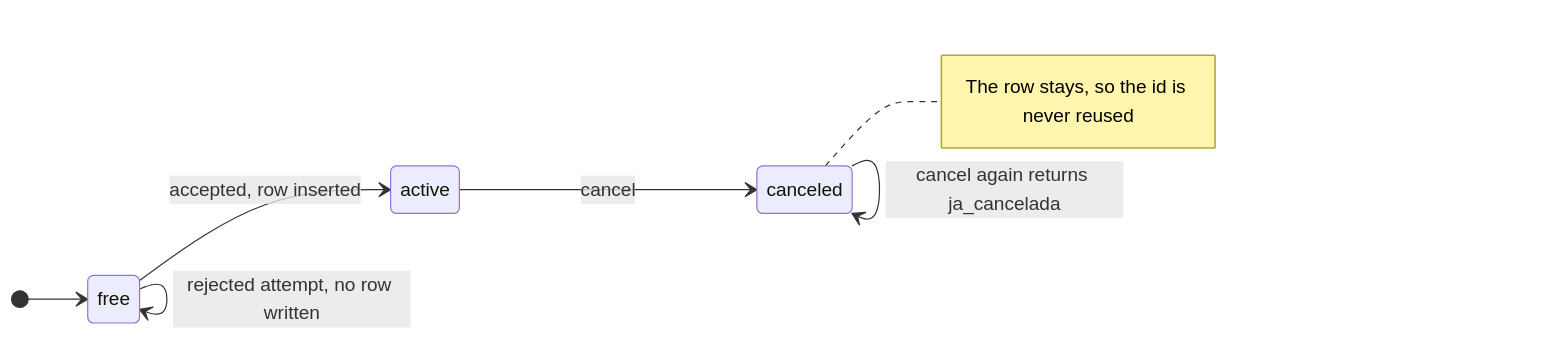
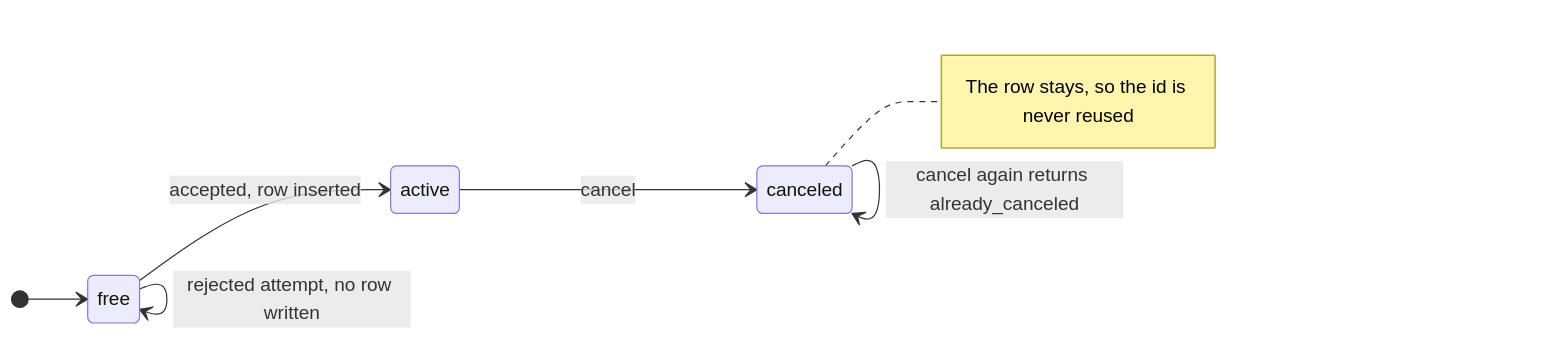
One commit to fredsvanelli/alvorada-test-02 changed the third of 7 diagrams in docs/diagrams/architecture.md. Above: the diagram before and after it, drawn with Mermaid. The commit also changed other lines of this file and 1 other file, not shown here.

````diff
--- a/docs/diagrams/architecture.md
+++ b/docs/diagrams/architecture.md
@@ -64,12 +64,12 @@
 ```mermaid
 stateDiagram-v2
   direction LR
   [*] --> free
   free --> free : rejected attempt, no row written
   free --> active : accepted, row inserted
   active --> canceled : cancel
-  canceled --> canceled : cancel again returns ja_cancelada
+  canceled --> canceled : cancel again returns already_canceled
   note right of canceled
     The row stays, so the id is never reused
   end note
 ```
````
